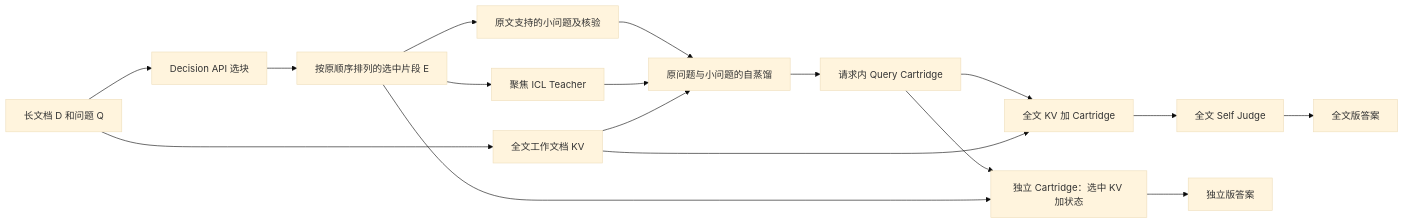
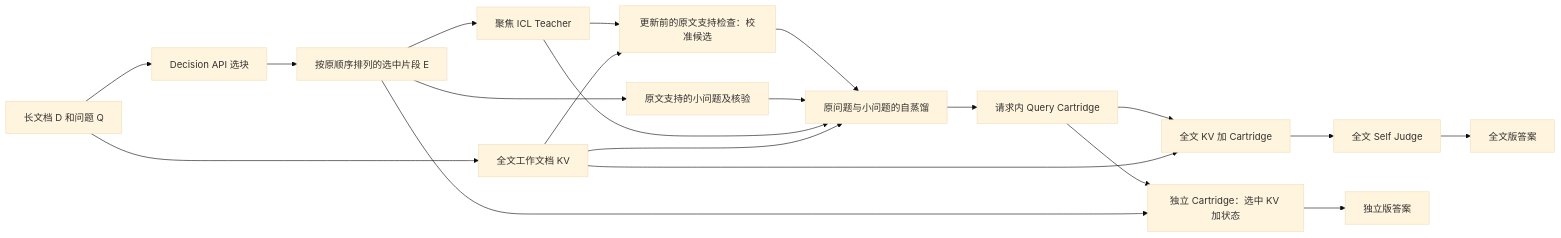
The diagram in QUERY_CARTRIDGES.md (XiangqiWang77/Masked-TTT), drawn with Mermaid (base theme) before and after one commit. The commit also changed other lines of this file, not shown here.

````diff
--- a/QUERY_CARTRIDGES.md
+++ b/QUERY_CARTRIDGES.md
@@ -74,19 +74,22 @@
 ```mermaid
 flowchart LR
     D[长文档 D 和问题 Q] --> S[Decision API 选块]
     S --> E[按原顺序排列的选中片段 E]
     D --> K[全文工作文档 KV]
     E --> T[聚焦 ICL Teacher]
+    T --> V[更新前的原文支持检查：校准候选]
+    K --> V
+    V --> L
     E --> F[原文支持的小问题及核验]
     F --> L[原问题与小问题的自蒸馏]
     T --> L
     K --> L
     L --> C[请求内 Query Cartridge]
     C --> A[全文 KV 加 Cartridge]
     K --> A
     A --> J[全文 Self Judge]
     C --> B[独立 Cartridge：选中 KV 加状态]
     E --> B
     J --> Y[全文版答案]
     B --> Z[独立版答案]
 ```
````
